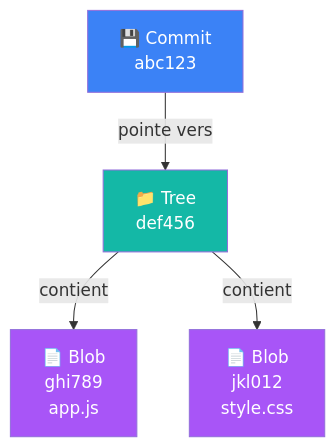
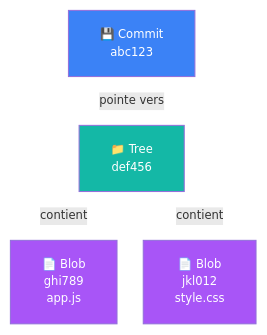
Before and after one commit to brendanPro/polytech-git-conf: the third of 3 diagrams in pages/02-fondations.md, drawn with Mermaid. The commit also changed other lines of this file and 2 other files, not shown here.

````diff
--- a/pages/02-fondations.md
+++ b/pages/02-fondations.md
@@ -380,16 +388,17 @@
 ```mermaid
+%%{init: {'theme':'default', 'themeVariables': {'fontSize':'11px', 'lineColor':'#fff', 'primaryTextColor':'#000'}, 'flowchart': {'nodeSpacing': 25, 'rankSpacing': 30}}}%%
 graph TD
-    Commit[💾 Commit<br/>abc123]
-    Tree[📁 Tree<br/>def456]
-    Blob1[📄 Blob<br/>ghi789<br/>app.js]
-    Blob2[📄 Blob<br/>jkl012<br/>style.css]
+    Commit["💾 Commit<br/>abc123"]
+    Tree["📁 Tree<br/>def456"]
+    Blob1["📄 Blob<br/>ghi789<br/>app.js"]
+    Blob2["📄 Blob<br/>jkl012<br/>style.css"]
     
     Commit -->|pointe vers| Tree
     Tree -->|contient| Blob1
     Tree -->|contient| Blob2
     
     style Commit fill:#3b82f6,color:#fff
     style Tree fill:#14b8a6,color:#fff
     style Blob1 fill:#a855f7,color:#fff
     style Blob2 fill:#a855f7,color:#fff
 ```
````
